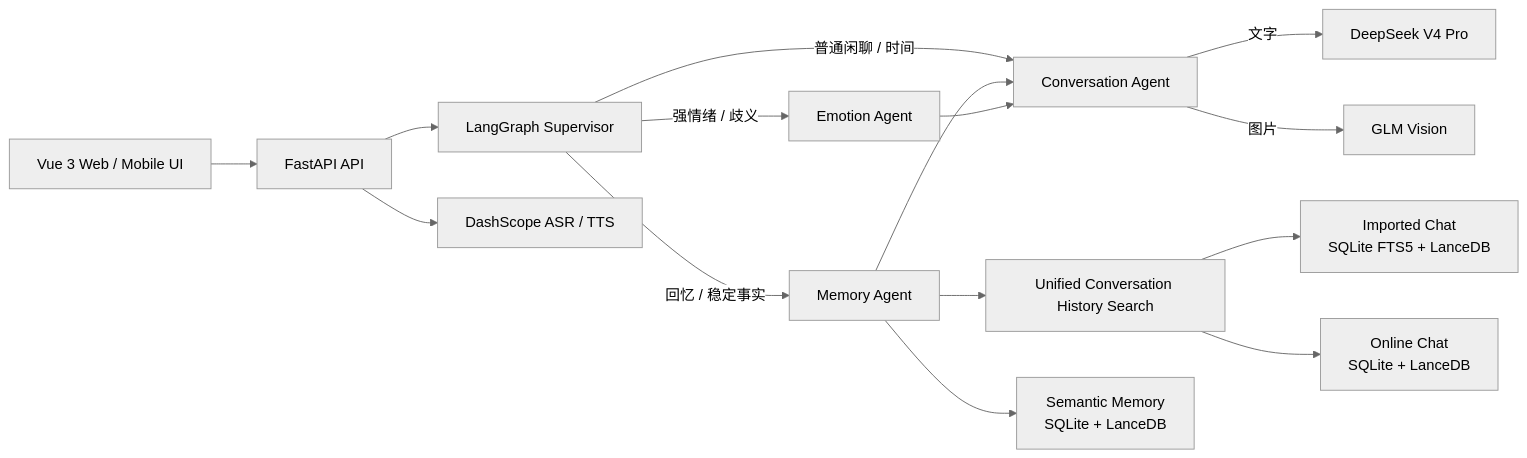
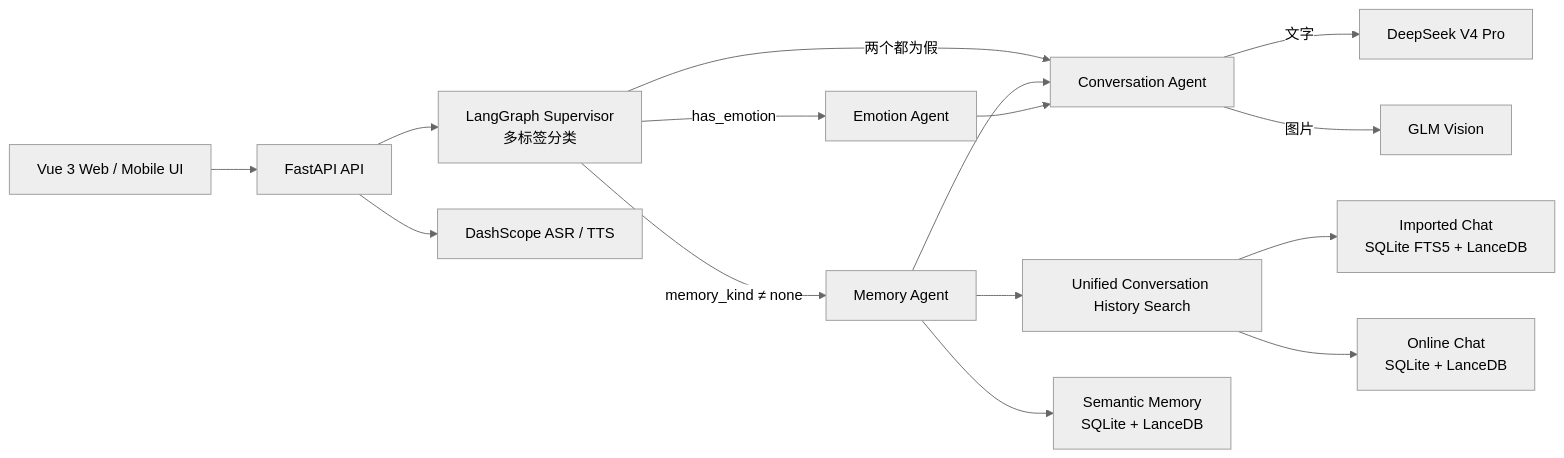
Before and after one commit to liujunjie20240416/zhaojingying-cc: the first of 4 diagrams in README.md, drawn with Mermaid (neutral theme). The commit also changed other lines of this file and 2 other files, not shown here.

First line of the commit message:
docs: describe the multi-label supervisor instead of the keyword router

````diff
--- a/README.md
+++ b/README.md
@@ -29,18 +29,18 @@
 ```mermaid
 flowchart LR
     UI["Vue 3 Web / Mobile UI"] --> API["FastAPI API"]
-    API --> SUP["LangGraph Supervisor"]
-    SUP -->|普通闲聊 / 时间| CONV["Conversation Agent"]
-    SUP -->|回忆 / 稳定事实| MEM["Memory Agent"]
-    SUP -->|强情绪 / 歧义| EMO["Emotion Agent"]
+    API --> SUP["LangGraph Supervisor<br/>多标签分类"]
+    SUP -->|memory_kind ≠ none| MEM["Memory Agent"]
+    SUP -->|has_emotion| EMO["Emotion Agent"]
+    SUP -->|两个都为假| CONV["Conversation Agent"]
     MEM --> CONV
     EMO --> CONV
     CONV -->|文字| DEEPSEEK["DeepSeek V4 Pro"]
     CONV -->|图片| GLM["GLM Vision"]
     API --> VOICE["DashScope ASR / TTS"]
 
     MEM --> SEARCH["Unified Conversation History Search"]
     SEARCH --> IMPORTED["Imported Chat<br/>SQLite FTS5 + LanceDB"]
     SEARCH --> ONLINE["Online Chat<br/>SQLite + LanceDB"]
     MEM --> SEM["Semantic Memory<br/>SQLite + LanceDB"]
 ```
````
